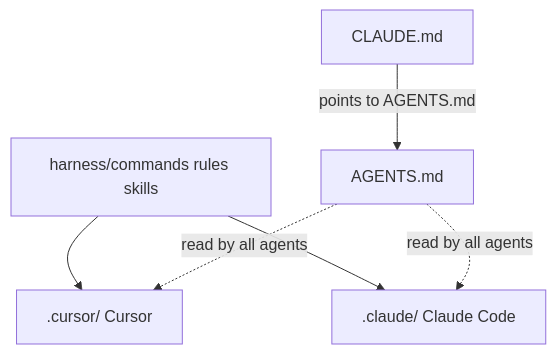
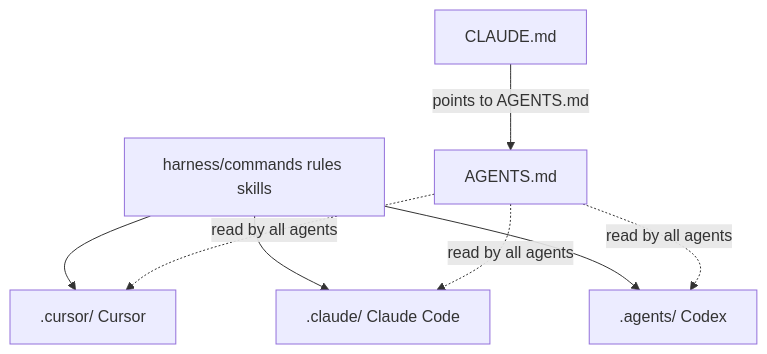
The second of 2 diagrams in docs/architecture.md (Supparerk23/agent-harness-blueprint), drawn with Mermaid before and after one commit. The commit also changed other lines of this file and 32 other files, not shown here.

````diff
--- a/docs/architecture.md
+++ b/docs/architecture.md
@@ -45,9 +48,11 @@
 ```mermaid
 flowchart TB
   H[harness/commands rules skills]
   H --> C[".cursor/ Cursor"]
   H --> L[".claude/ Claude Code"]
+  H --> X[".agents/ Codex"]
   A[AGENTS.md] -.->|read by all agents| C
   A -.->|read by all agents| L
+  A -.->|read by all agents| X
   CM[CLAUDE.md] -->|points to AGENTS.md| A
 ```
````
